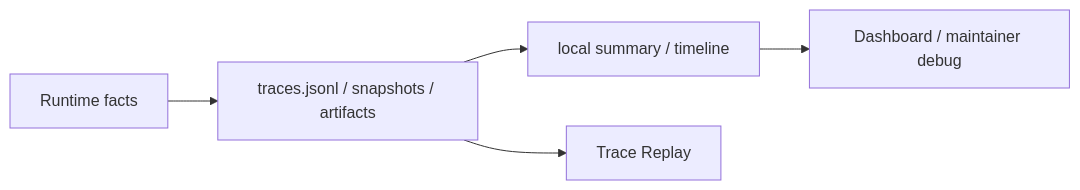
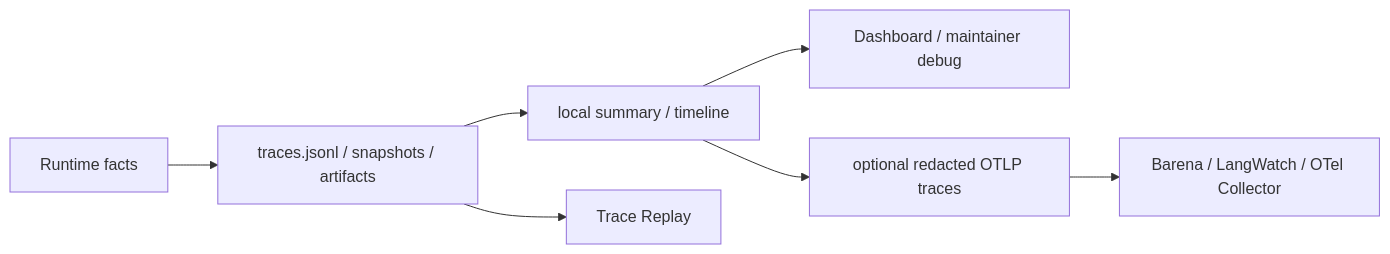
One commit to fightheyyy/XiaoBa-CLI changed the diagram in docs/observability-evidence/PLAN.md. Above: the diagram before and after it, drawn with Mermaid. The commit also changed other lines of this file and 18 other files, not shown here.

Commit message:
add optional OTLP trace export

````diff
--- a/docs/observability-evidence/PLAN.md
+++ b/docs/observability-evidence/PLAN.md
@@ -19,7 +20,9 @@
 ```mermaid
 flowchart LR
     Runtime["Runtime facts"] --> Logs["traces.jsonl / snapshots / artifacts"]
     Logs --> Projection["local summary / timeline"]
     Logs --> Replay["Trace Replay"]
     Projection --> Debug["Dashboard / maintainer debug"]
+    Projection --> OTLP["optional redacted OTLP traces"]
+    OTLP --> Collector["Barena / LangWatch / OTel Collector"]
 ```
````
